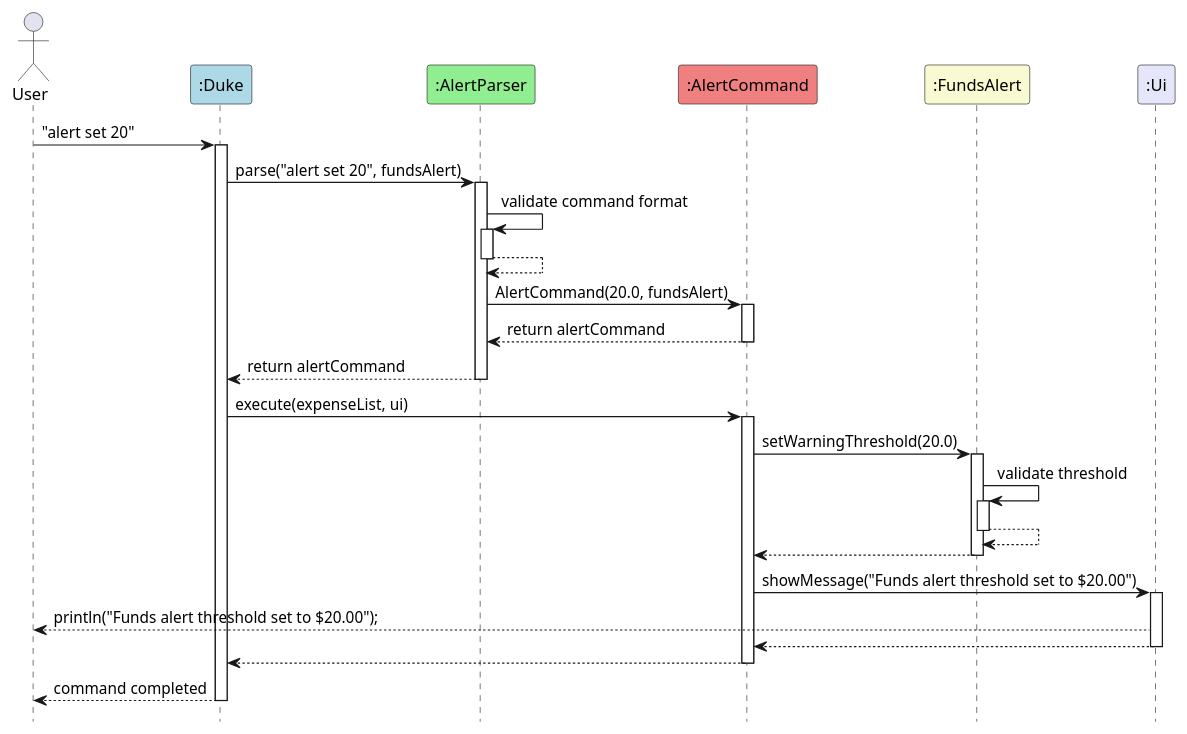
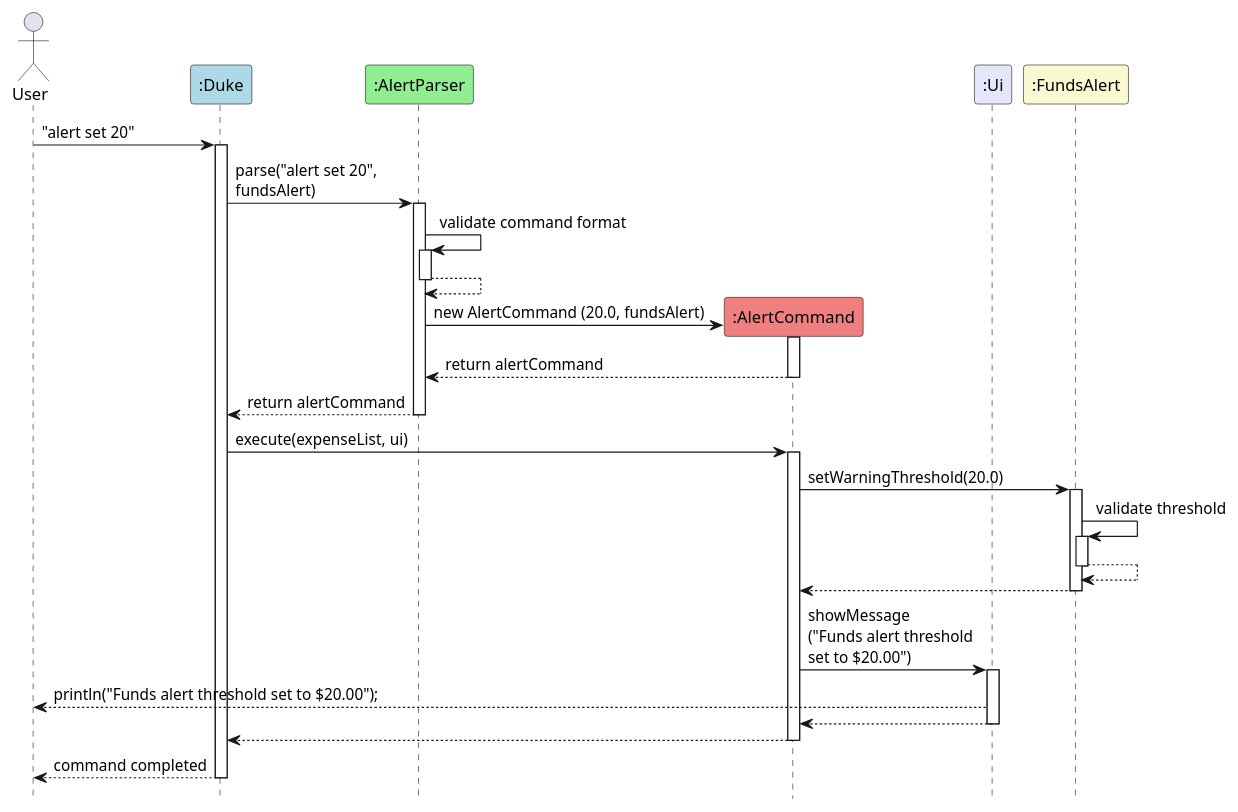
Before and after one commit to xiaojielei/tp: the diagram in docs/puml/SetAlert.puml, drawn with PlantUML. The commit also changed 1 other file, not shown here.

Commit message:
Updated SetAlert sequence diagram

```diff
--- a/docs/puml/SetAlert.puml
+++ b/docs/puml/SetAlert.puml
@@ -1,56 +1,58 @@
 @startuml
 hide footbox
 
 actor User
 participant ":Duke" as Duke #LightBlue
 participant ":AlertParser" as AlertParser #LightGreen
-participant ":AlertCommand" as AlertCommand #LightCoral
-participant ":FundsAlert" as FundsAlert #LightGoldenRodYellow
-participant ":Ui" as Ui #Lavender
-
 
 User -> Duke: "alert set 20"
 activate Duke
 
-Duke -> AlertParser: parse("alert set 20", fundsAlert)
+Duke -> AlertParser: parse("alert set 20",\nfundsAlert)
 activate AlertParser
 
   AlertParser -> AlertParser: validate command format
   activate AlertParser
   AlertParser --> AlertParser
   deactivate AlertParser
 
-AlertParser -> AlertCommand: AlertCommand(20.0, fundsAlert)
+create ":AlertCommand" as AlertCommand #LightCoral
+AlertParser -> AlertCommand: new AlertCommand (20.0, fundsAlert)
 activate AlertCommand
 AlertCommand --> AlertParser: return alertCommand
 deactivate AlertCommand
+
+
+
+participant ":Ui" as Ui #Lavender
+participant ":FundsAlert" as FundsAlert #LightGoldenRodYellow
 
 AlertParser --> Duke: return alertCommand
 deactivate AlertParser
 
 Duke -> AlertCommand: execute(expenseList, ui)
 activate AlertCommand
 
 AlertCommand -> FundsAlert: setWarningThreshold(20.0)
 activate FundsAlert
 
   FundsAlert -> FundsAlert: validate threshold
   activate FundsAlert
   FundsAlert --> FundsAlert
   deactivate FundsAlert
 
 FundsAlert --> AlertCommand
 deactivate FundsAlert
 
-AlertCommand -> Ui: showMessage("Funds alert threshold set to $20.00")
+AlertCommand -> Ui: showMessage\n("Funds alert threshold\nset to $20.00")
 activate Ui
 Ui --> User: println("Funds alert threshold set to $20.00");
 Ui --> AlertCommand
 deactivate Ui
 
 AlertCommand --> Duke
 deactivate AlertCommand
 
 Duke --> User: command completed
 deactivate Duke
 @enduml
```
